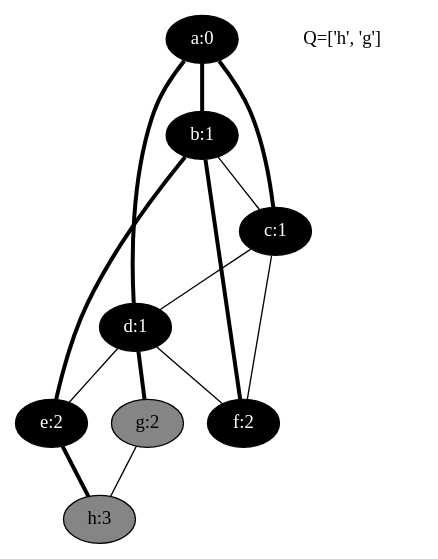
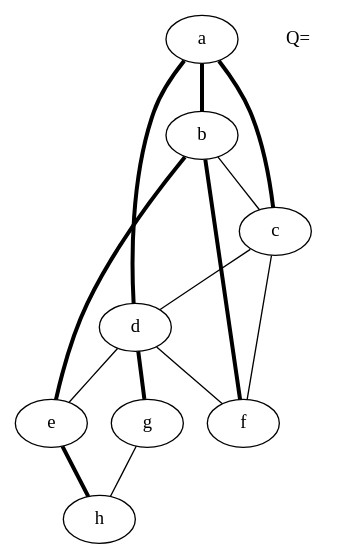
One commit to nicolasrenet/Graphs changed the diagram in examples/bfs_undirected_classroom_06.dot. Above: the diagram before and after it, drawn with Graphviz. The commit also changed 214 other files, not shown here.

Commit message:
Added an extra key (label) to the vertex comparison function. Dijkstra's key shows content of the min queue. Various layout changes in the LaTeX documents (added an figure width ratio option to alg_to_tex.py). Cleaned up the Makefile.

```diff
--- a/examples/bfs_undirected_classroom_06.dot
+++ b/examples/bfs_undirected_classroom_06.dot
@@ -1,24 +1,24 @@
 Graph {
-a [ label="a:0" fontcolor=white style=filled fontname="time-bold" fillcolor=black ];
-b [ label="b:1" fontcolor=white style=filled fontname="time-bold" fillcolor=black ];
-c [ label="c:1" fontcolor=white style=filled fontname="time-bold" fillcolor=black ];
-d [ label="d:1" fontcolor=white style=filled fontname="time-bold" fillcolor=black ];
-e [ label="e:2" fontcolor=white style=filled fontname="time-bold" fillcolor=black ];
-f [ label="f:2" fontcolor=white style=filled fontname="time-bold" fillcolor=black ];
-g [ label="g:2" style=filled fontname="time-bold" fillcolor=gray52 ];
-h [ label="h:3" style=filled fontname="time-bold" fillcolor=gray52 ];
+a;
+b;
+c;
+d;
+e;
+f;
+g;
+h;
 a--d[label="", penwidth=3];
 a--b[label="", penwidth=3];
 a--c[label="", penwidth=3];
 b--e[label="", penwidth=3];
 b--f[label="", penwidth=3];
 b--c[label="", penwidth=1];
 c--d[label="", penwidth=1];
 c--f[label="", penwidth=1];
 d--e[label="", penwidth=1];
 d--f[label="", penwidth=1];
 d--g[label="", penwidth=3];
 e--h[label="", penwidth=3];
 g--h[label="", penwidth=1];
-legend[label="Q=['h', 'g']", color=white];
+legend[label="Q=", color=white];
 }
```
